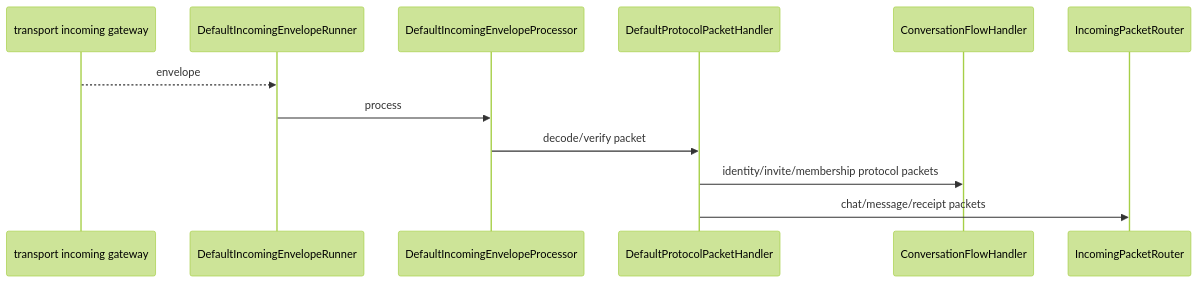
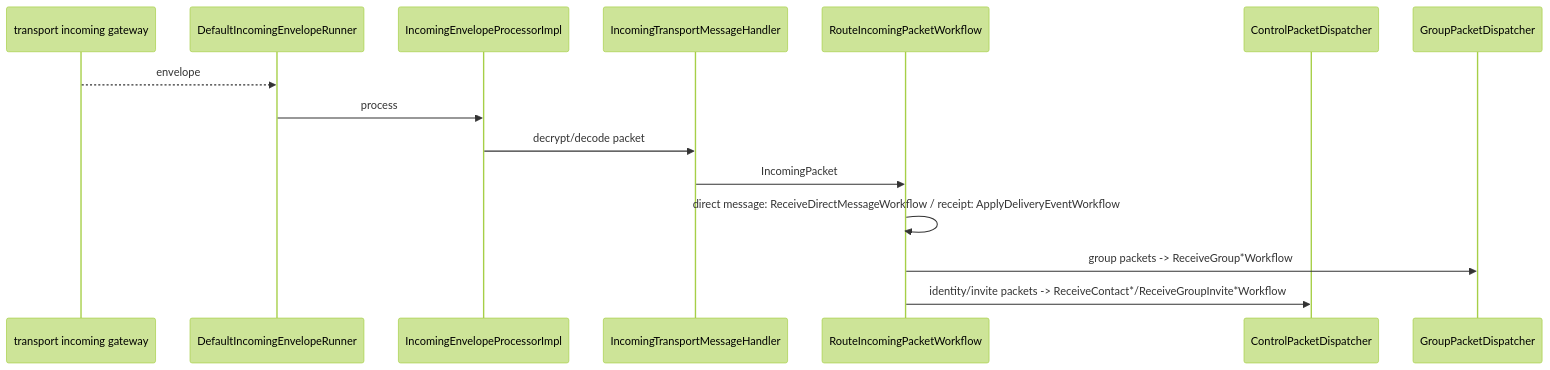
Before and after one commit to cbgm/Sparrow: the second of 3 diagrams in docs/features/message-transport-flow.md, drawn with Mermaid (forest theme). The commit also changed other lines of this file and 1098 other files, not shown here.

````diff
--- a/docs/features/message-transport-flow.md
+++ b/docs/features/message-transport-flow.md
@@ -36,15 +38,18 @@
 ```mermaid
 sequenceDiagram
     participant WS as transport incoming gateway
     participant IR as DefaultIncomingEnvelopeRunner
-    participant IP as DefaultIncomingEnvelopeProcessor
-    participant PROTO as DefaultProtocolPacketHandler
-    participant FLOW as ConversationFlowHandler
-    participant ROUTER as IncomingPacketRouter
+    participant IP as IncomingEnvelopeProcessorImpl
+    participant H as IncomingTransportMessageHandler
+    participant ROUTE as RouteIncomingPacketWorkflow
+    participant CTRL as ControlPacketDispatcher
+    participant GRP as GroupPacketDispatcher
 
     WS-->>IR: envelope
     IR->>IP: process
-    IP->>PROTO: decode/verify packet
-    PROTO->>FLOW: identity/invite/membership protocol packets
-    PROTO->>ROUTER: chat/message/receipt packets
+    IP->>H: decrypt/decode packet
+    H->>ROUTE: IncomingPacket
+    ROUTE->>ROUTE: direct message: ReceiveDirectMessageWorkflow / receipt: ApplyDeliveryEventWorkflow
+    ROUTE->>GRP: group packets -> ReceiveGroup*Workflow
+    ROUTE->>CTRL: identity/invite packets -> ReceiveContact*/ReceiveGroupInvite*Workflow
 ```
````
